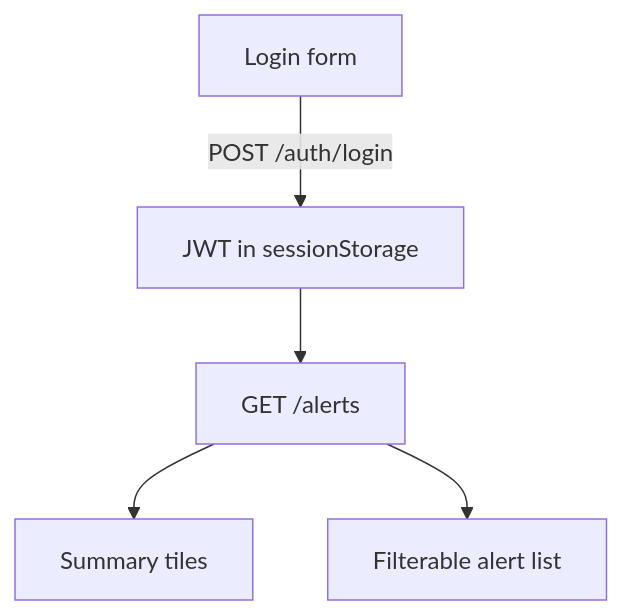
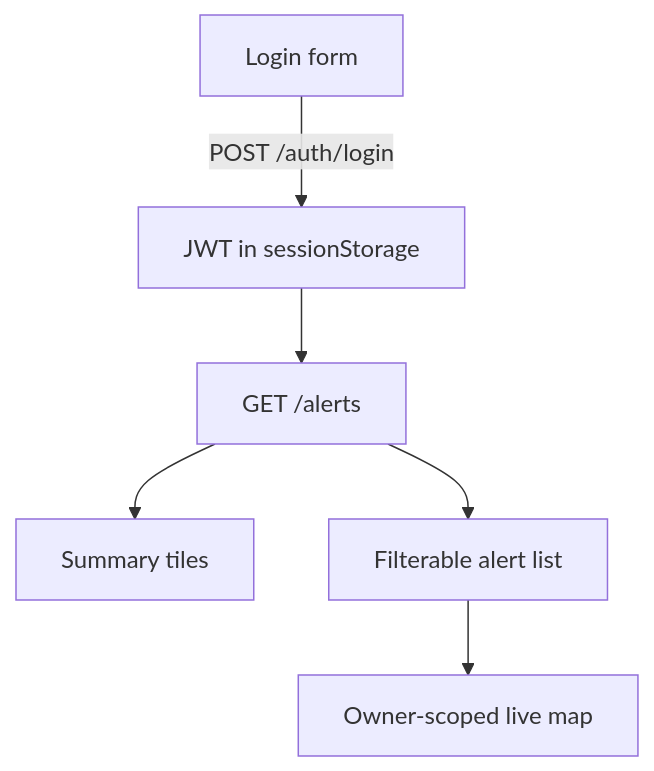
The diagram in docs/backend/web-pages.md (skellent/iOS-compiler), drawn with Mermaid before and after one commit. The commit also changed other lines of this file and 9 other files, not shown here.

Commit message:
Dashboard now has a button for to redirect to live map view

````diff
--- a/docs/backend/web-pages.md
+++ b/docs/backend/web-pages.md
@@ -17,7 +24,8 @@
 ```mermaid
 flowchart TD
     Login[Login form] -->|POST /auth/login| Token[JWT in sessionStorage]
     Token --> Load[GET /alerts]
     Load --> Stats[Summary tiles]
     Load --> List[Filterable alert list]
+    List --> Map[Owner-scoped live map]
 ```
````
